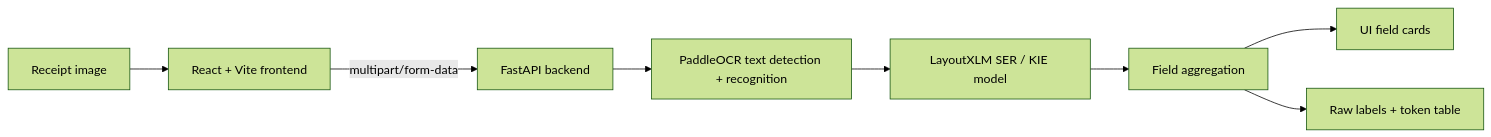
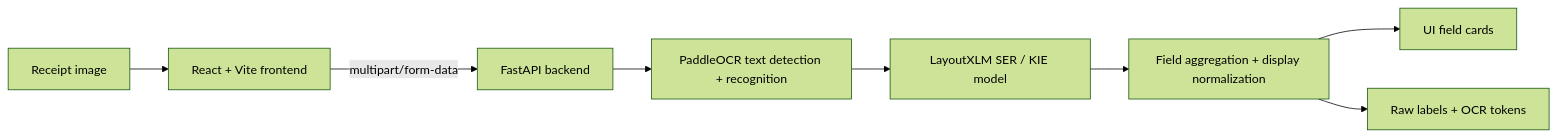
The second of 2 diagrams in README.md (MachHongHai/finrecon-receipt-extraction), drawn with Mermaid (forest theme) before and after one commit. The commit also changed other lines of this file, not shown here.

````diff
--- a/README.md
+++ b/README.md
@@ -88,10 +601,10 @@
 ```mermaid
 flowchart LR
   A["Receipt image"] --> B["React + Vite frontend"]
   B -->|"multipart/form-data"| C["FastAPI backend"]
   C --> D["PaddleOCR text detection + recognition"]
   D --> E["LayoutXLM SER / KIE model"]
-  E --> F["Field aggregation"]
+  E --> F["Field aggregation + display normalization"]
   F --> G["UI field cards"]
-  F --> H["Raw labels + token table"]
+  F --> H["Raw labels + OCR tokens"]
 ```
````
